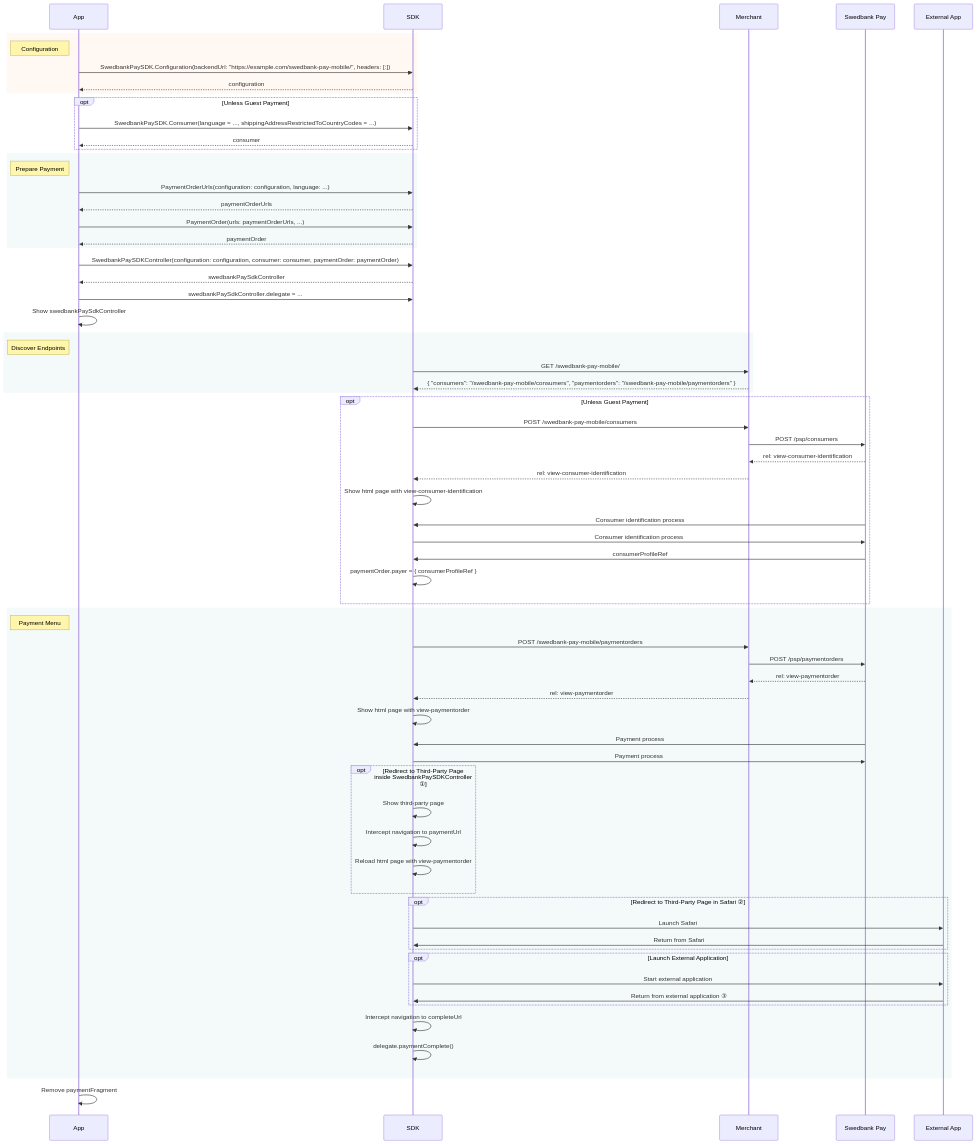
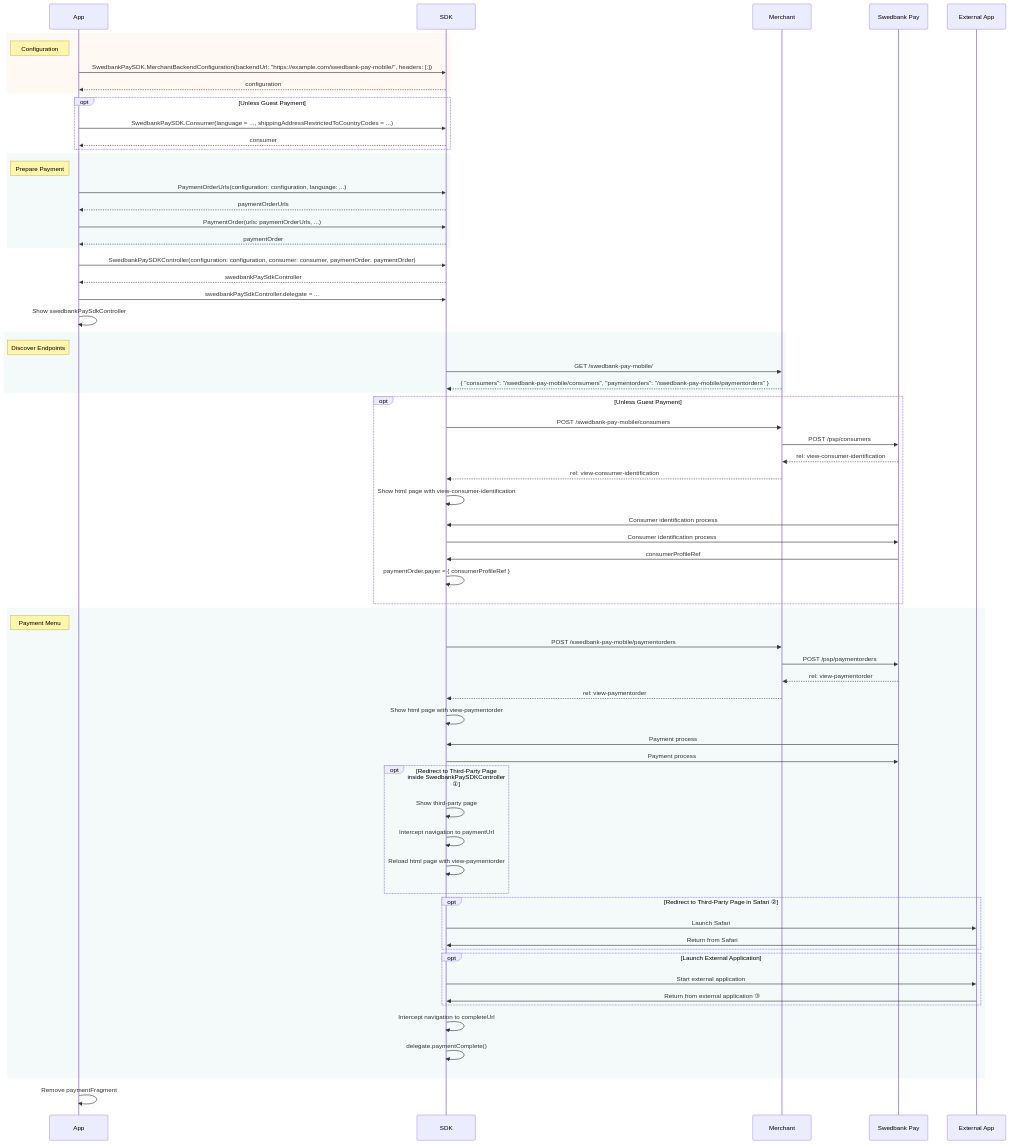
The first of 6 diagrams in modules-sdks/mobile-sdk/ios.md (SwedbankPay/developer.swedbankpay.com), drawn with Mermaid before and after one commit. The commit also changed other lines of this file and 7 other files, not shown here.

Commit message:
Update Mobile SDK configuration to include integration with custom backends.

````diff
--- a/modules-sdks/mobile-sdk/ios.md
+++ b/modules-sdks/mobile-sdk/ios.md
@@ -47,78 +49,78 @@
 ```mermaid
 sequenceDiagram
     participant App
     participant SDK
     participant Merchant
     participant SwedbankPay as Swedbank Pay
     participant Ext as External App
 
     rect rgba(238, 112, 35, 0.05)
         note left of App: Configuration
-        App ->> SDK: SwedbankPaySDK.Configuration(backendUrl: "https://example.com/swedbank-pay-mobile/", headers: [:])
+        App ->> SDK: SwedbankPaySDK.MerchantBackendConfiguration(backendUrl: "https://example.com/swedbank-pay-mobile/", headers: [:])
         SDK -->> App: configuration
     end
 
     opt Unless Guest Payment
         App ->> SDK: SwedbankPaySDK.Consumer(language = ..., shippingAddressRestrictedToCountryCodes = ...)
         SDK -->> App: consumer
     end
 
     rect rgba(138, 205, 195, 0.1)
         note left of App: Prepare Payment
         App ->> SDK: PaymentOrderUrls(configuration: configuration, language: ...)
         SDK -->> App: paymentOrderUrls
         App ->> SDK: PaymentOrder(urls: paymentOrderUrls, ...)
         SDK -->> App: paymentOrder
     end
 
     App ->> SDK: SwedbankPaySDKController(configuration: configuration, consumer: consumer, paymentOrder: paymentOrder)
     SDK -->> App: swedbankPaySdkController
     App ->> SDK: swedbankPaySdkController.delegate = ...
     App ->> App: Show swedbankPaySdkController
 
     rect rgba(138, 205, 195, 0.1)
         note left of App: Discover Endpoints
         SDK ->> Merchant: GET /swedbank-pay-mobile/
         Merchant -->> SDK: { "consumers": "/swedbank-pay-mobile/consumers", "paymentorders": "/swedbank-pay-mobile/paymentorders" }
     end
 
     opt Unless Guest Payment
         SDK ->> Merchant: POST /swedbank-pay-mobile/consumers
         Merchant ->> SwedbankPay: POST /psp/consumers
         SwedbankPay -->> Merchant: rel: view-consumer-identification
         Merchant -->> SDK: rel: view-consumer-identification
         SDK ->> SDK: Show html page with view-consumer-identification
         SwedbankPay ->> SDK: Consumer identification process
         SDK ->> SwedbankPay: Consumer identification process
         SwedbankPay ->> SDK: consumerProfileRef
         SDK ->> SDK: paymentOrder.payer = { consumerProfileRef }
     end
 
     rect rgba(138, 205, 195, 0.1)
         note left of App: Payment Menu
         SDK ->> Merchant: POST /swedbank-pay-mobile/paymentorders
         Merchant ->> SwedbankPay: POST /psp/paymentorders
         SwedbankPay -->> Merchant: rel: view-paymentorder
         Merchant -->> SDK: rel: view-paymentorder
         SDK ->> SDK: Show html page with view-paymentorder
         SwedbankPay ->> SDK: Payment process
         SDK ->> SwedbankPay: Payment process
         opt Redirect to Third-Party Page inside SwedbankPaySDKController ①
             SDK ->> SDK: Show third-party page
             SDK ->> SDK: Intercept navigation to paymentUrl
             SDK ->> SDK: Reload html page with view-paymentorder
         end
         opt Redirect to Third-Party Page in Safari ②
             SDK ->> Ext: Launch Safari
             Ext ->> SDK: Return from Safari
         end
         opt Launch External Application
             SDK ->> Ext: Start external application
             Ext ->> SDK: Return from external application ③
         end
         SDK ->> SDK: Intercept navigation to completeUrl
         SDK ->> SDK: delegate.paymentComplete()
     end
 
     App ->> App: Remove paymentFragment
 ```
````
